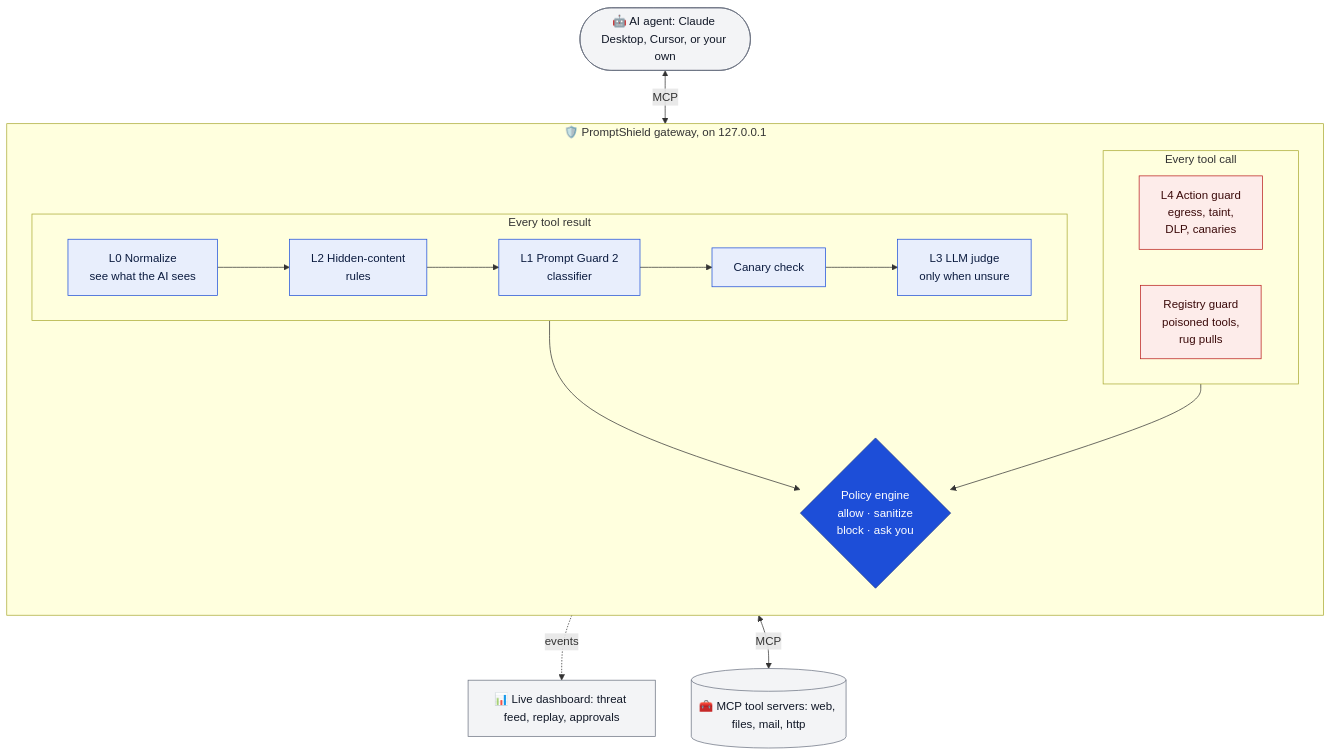
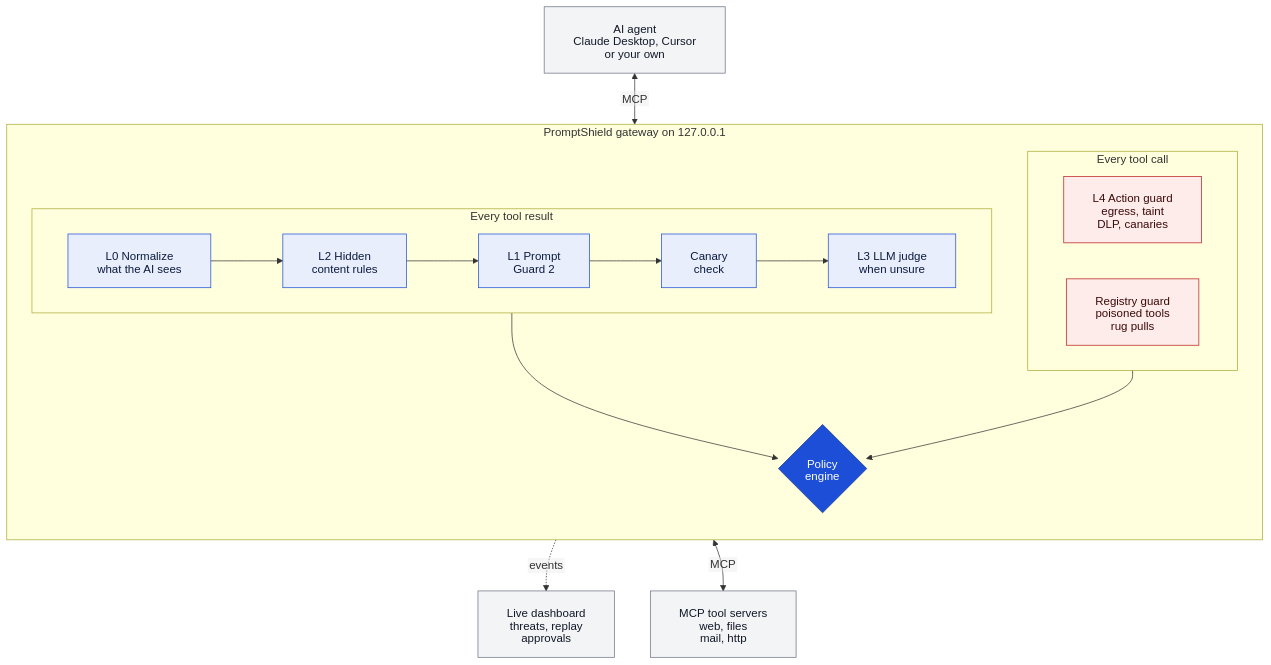
The third of 4 diagrams in README.md (insjunaid/PromptShield), drawn with Mermaid before and after one commit. The commit also changed other lines of this file, not shown here.

First line of the commit message:
docs(readme): diagram labels no longer cut off on GitHub

````diff
--- a/README.md
+++ b/README.md
@@ -132,35 +134,36 @@
 ```mermaid
+%%{init: {"htmlLabels": false, "flowchart": {"htmlLabels": false, "padding": 20}, "themeVariables": {"fontFamily": "Verdana, Geneva, sans-serif"}} }%%
 flowchart TB
-    agent(["🤖 AI agent: Claude Desktop, Cursor, or your own"])
+    agent["AI agent<br/>Claude Desktop, Cursor<br/>or your own"]
 
-    subgraph PS["🛡️ PromptShield gateway, on 127.0.0.1"]
+    subgraph PS["PromptShield gateway on 127.0.0.1"]
         direction TB
         subgraph IN["Every tool result"]
             direction LR
-            L0["L0 Normalize<br/>see what the AI sees"] --> L2["L2 Hidden-content<br/>rules"] --> L1["L1 Prompt Guard 2<br/>classifier"] --> CAN["Canary check"] --> L3["L3 LLM judge<br/>only when unsure"]
+            L0["L0 Normalize<br/>what the AI sees"] --> L2["L2 Hidden<br/>content rules"] --> L1["L1 Prompt<br/>Guard 2"] --> CAN["Canary<br/>check"] --> L3["L3 LLM judge<br/>when unsure"]
         end
-        POL{"Policy engine<br/>allow · sanitize<br/>block · ask you"}
+        POL{"Policy<br/>engine"}
         subgraph OUT["Every tool call"]
             direction LR
-            L4["L4 Action guard<br/>egress, taint,<br/>DLP, canaries"]
-            REG["Registry guard<br/>poisoned tools,<br/>rug pulls"]
+            L4["L4 Action guard<br/>egress, taint<br/>DLP, canaries"]
+            REG["Registry guard<br/>poisoned tools<br/>rug pulls"]
         end
         IN --> POL
         OUT --> POL
     end
 
-    tools[("🧰 MCP tool servers: web, files, mail, http")]
-    dash["📊 Live dashboard: threat feed, replay, approvals"]
+    tools["MCP tool servers<br/>web, files<br/>mail, http"]
+    dash["Live dashboard<br/>threats, replay<br/>approvals"]
     agent <-->|MCP| PS
     PS <-->|MCP| tools
     POL -.->|events| dash
 
     classDef shield fill:#1d4ed8,stroke:#1e3a8a,color:#ffffff
     classDef layer fill:#e8eefc,stroke:#1d4ed8,color:#0b1b3f
     classDef guard fill:#fdecea,stroke:#b91c1c,color:#3b0a0a
     classDef ext fill:#f3f4f6,stroke:#6b7280,color:#111827
     class POL shield
     class L0,L2,L1,CAN,L3 layer
     class L4,REG guard
     class agent,tools,dash ext
 ```
````
